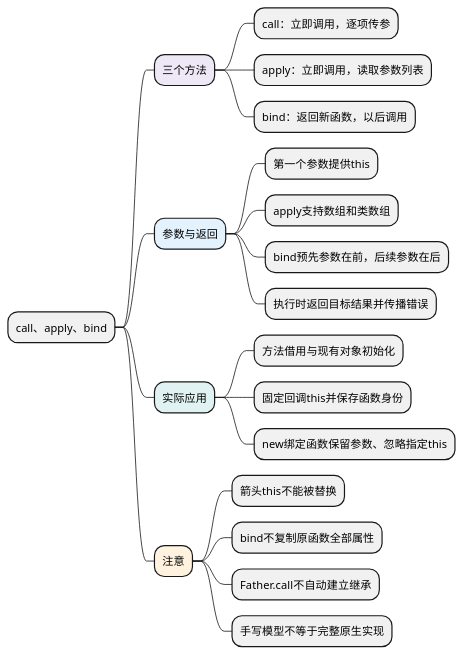
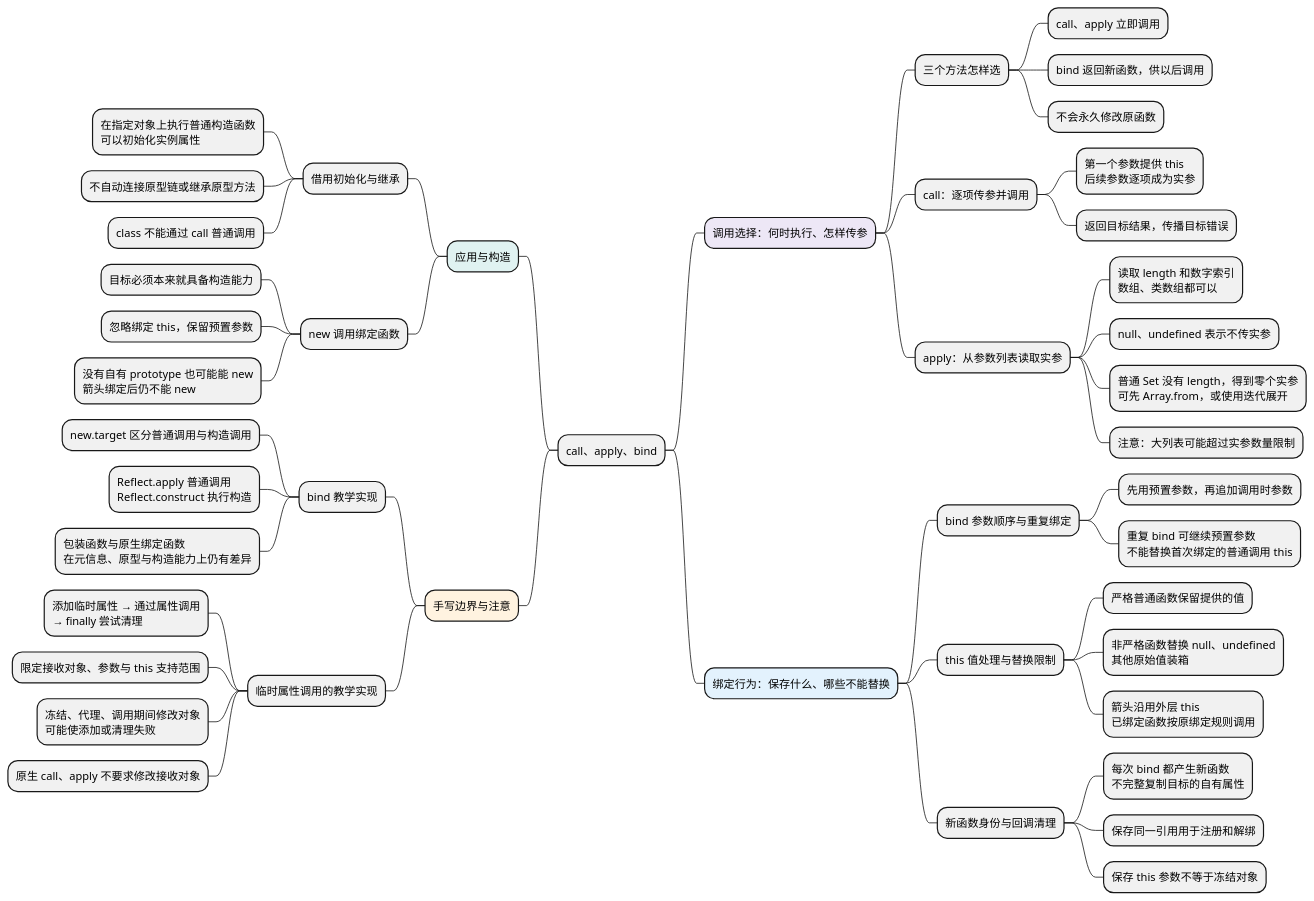
Before and after one commit to chenx18/JAVA: the diagram in docs/AI前端全栈教材/01_JavaScript/02_运行基础/examples/c07-mindmap.puml, drawn with PlantUML. The commit also changed 38 other files, not shown here.

Commit message:
docs: 补充 JavaScript 知识点导图与面试复习总结

```diff
--- a/docs/AI前端全栈教材/01_JavaScript/02_运行基础/examples/c07-mindmap.puml
+++ b/docs/AI前端全栈教材/01_JavaScript/02_运行基础/examples/c07-mindmap.puml
@@ -1,28 +1,55 @@
 @startmindmap
 skinparam defaultFontName Microsoft YaHei
 skinparam defaultFontSize 14
 skinparam dpi 100
 skinparam backgroundColor white
 skinparam shadowing false
 
 * call、apply、bind
-**[#EDE7F6] 三个方法
-*** call：立即调用，逐项传参
-*** apply：立即调用，读取参数列表
-*** bind：返回新函数，以后调用
-**[#E3F2FD] 参数与返回
-*** 第一个参数提供this
-*** apply支持数组和类数组
-*** bind预先参数在前，后续参数在后
-*** 执行时返回目标结果并传播错误
-**[#E0F2F1] 实际应用
-*** 方法借用与现有对象初始化
-*** 固定回调this并保存函数身份
-*** new绑定函数保留参数、忽略指定this
-**[#FFF3E0] 注意
-*** 箭头this不能被替换
-*** bind不复制原函数全部属性
-*** Father.call不自动建立继承
-*** 手写模型不等于完整原生实现
+**[#EDE7F6] 调用选择：何时执行、怎样传参
+*** 三个方法怎样选
+**** call、apply 立即调用
+**** bind 返回新函数，供以后调用
+**** 不会永久修改原函数
+*** call：逐项传参并调用
+**** 第一个参数提供 this\n后续参数逐项成为实参
+**** 返回目标结果，传播目标错误
+*** apply：从参数列表读取实参
+**** 读取 length 和数字索引\n数组、类数组都可以
+**** null、undefined 表示不传实参
+**** 普通 Set 没有 length，得到零个实参\n可先 Array.from，或使用迭代展开
+**** 注意：大列表可能超过实参数量限制
+**[#E3F2FD] 绑定行为：保存什么、哪些不能替换
+*** bind 参数顺序与重复绑定
+**** 先用预置参数，再追加调用时参数
+**** 重复 bind 可继续预置参数\n不能替换首次绑定的普通调用 this
+*** this 值处理与替换限制
+**** 严格普通函数保留提供的值
+**** 非严格函数替换 null、undefined\n其他原始值装箱
+**** 箭头沿用外层 this\n已绑定函数按原绑定规则调用
+*** 新函数身份与回调清理
+**** 每次 bind 都产生新函数\n不完整复制目标的自有属性
+**** 保存同一引用用于注册和解绑
+**** 保存 this 参数不等于冻结对象
+left side
+**[#E0F2F1] 应用与构造
+*** 借用初始化与继承
+**** 在指定对象上执行普通构造函数\n可以初始化实例属性
+**** 不自动连接原型链或继承原型方法
+**** class 不能通过 call 普通调用
+*** new 调用绑定函数
+**** 目标必须本来就具备构造能力
+**** 忽略绑定 this，保留预置参数
+**** 没有自有 prototype 也可能能 new\n箭头绑定后仍不能 new
+**[#FFF3E0] 手写边界与注意
+*** bind 教学实现
+**** new.target 区分普通调用与构造调用
+**** Reflect.apply 普通调用\nReflect.construct 执行构造
+**** 包装函数与原生绑定函数\n在元信息、原型与构造能力上仍有差异
+*** 临时属性调用的教学实现
+**** 添加临时属性 → 通过属性调用\n→ finally 尝试清理
+**** 限定接收对象、参数与 this 支持范围
+**** 冻结、代理、调用期间修改对象\n可能使添加或清理失败
+**** 原生 call、apply 不要求修改接收对象
 
 @endmindmap
```
